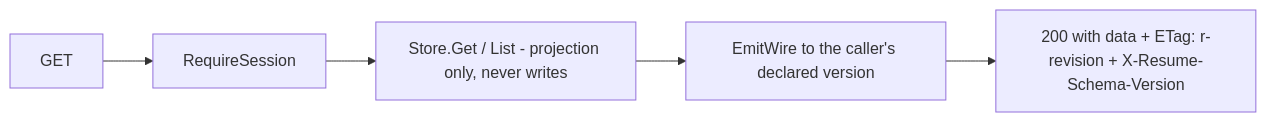
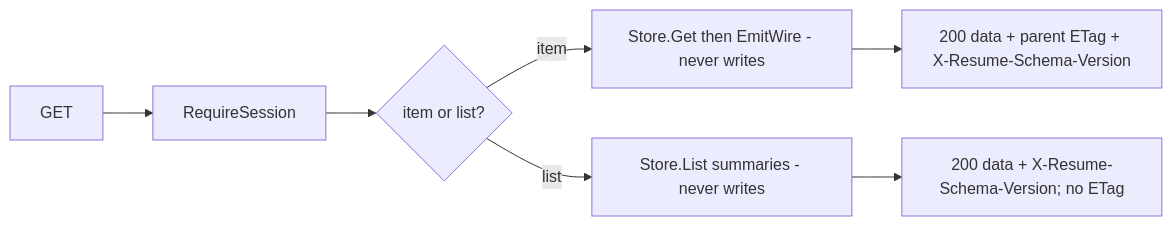
The second of 2 diagrams in docs/plans/phase-2b/http-contract.md (dannyota/aboutme), drawn with Mermaid before and after one commit. The commit also changed other lines of this file and 282 other files, not shown here.

````diff
--- a/docs/plans/phase-2b/http-contract.md
+++ b/docs/plans/phase-2b/http-contract.md
@@ -54,7 +62,9 @@
 ```mermaid
 flowchart LR
     A[GET] --> B[RequireSession]
-    B --> C[Store.Get / List - projection only, never writes]
-    C --> D[EmitWire to the caller's declared version]
-    D --> E[200 with data + ETag: r-revision + X-Resume-Schema-Version]
+    B --> C{item or list?}
+    C -->|item| D[Store.Get then EmitWire - never writes]
+    D --> E[200 data + parent ETag + X-Resume-Schema-Version]
+    C -->|list| F[Store.List summaries - never writes]
+    F --> G[200 data + X-Resume-Schema-Version; no ETag]
 ```
````
